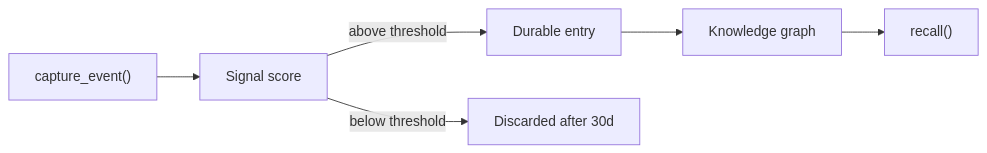
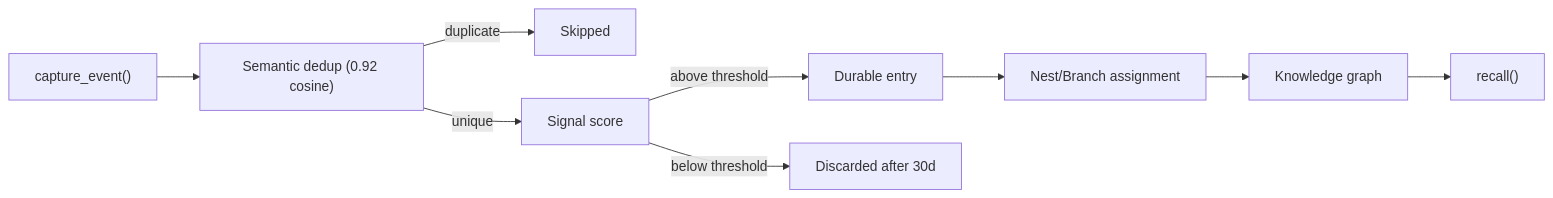
Before and after one commit to wmt-mobile/localnest: the sixth of 9 diagrams in localnest-docs/docs/architecture.md, drawn with Mermaid. The commit also changed other lines of this file and 4 other files, not shown here.

````diff
--- a/localnest-docs/docs/architecture.md
+++ b/localnest-docs/docs/architecture.md
@@ -192,8 +278,11 @@
 ```mermaid
 flowchart LR
-    Event["capture_event()"] --> Score["Signal score"]
+    Event["capture_event()"] --> Dedup["Semantic dedup (0.92 cosine)"]
+    Dedup -->|"duplicate"| Skip["Skipped"]
+    Dedup -->|"unique"| Score["Signal score"]
     Score -->|"above threshold"| Promote["Durable entry"]
     Score -->|"below threshold"| Ignore["Discarded after 30d"]
-    Promote --> Graph["Knowledge graph"]
+    Promote --> Nest["Nest/Branch assignment"]
+    Nest --> Graph["Knowledge graph"]
     Graph --> Recall["recall()"]
 ```
````
